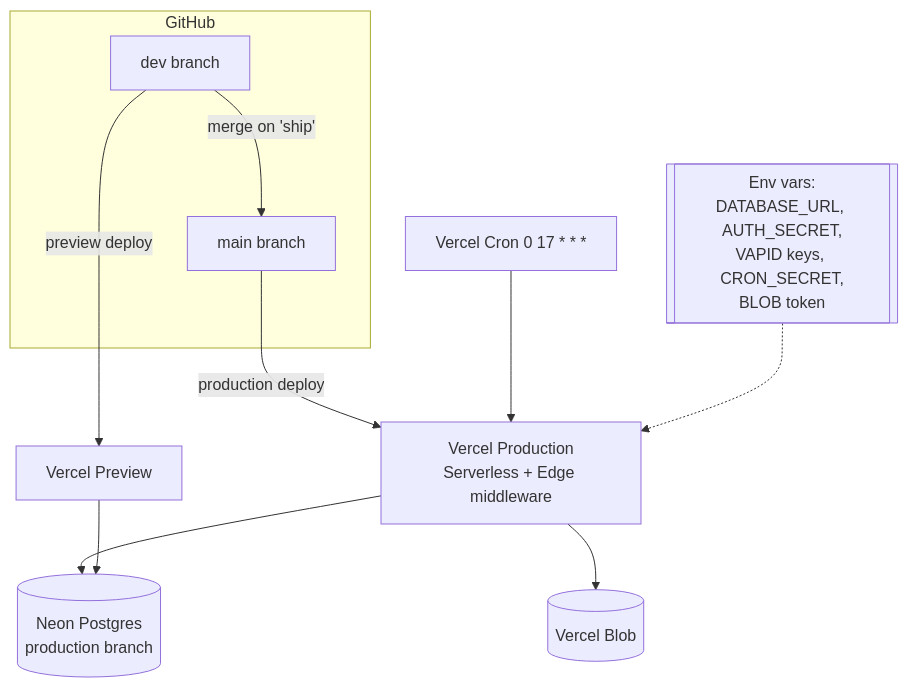
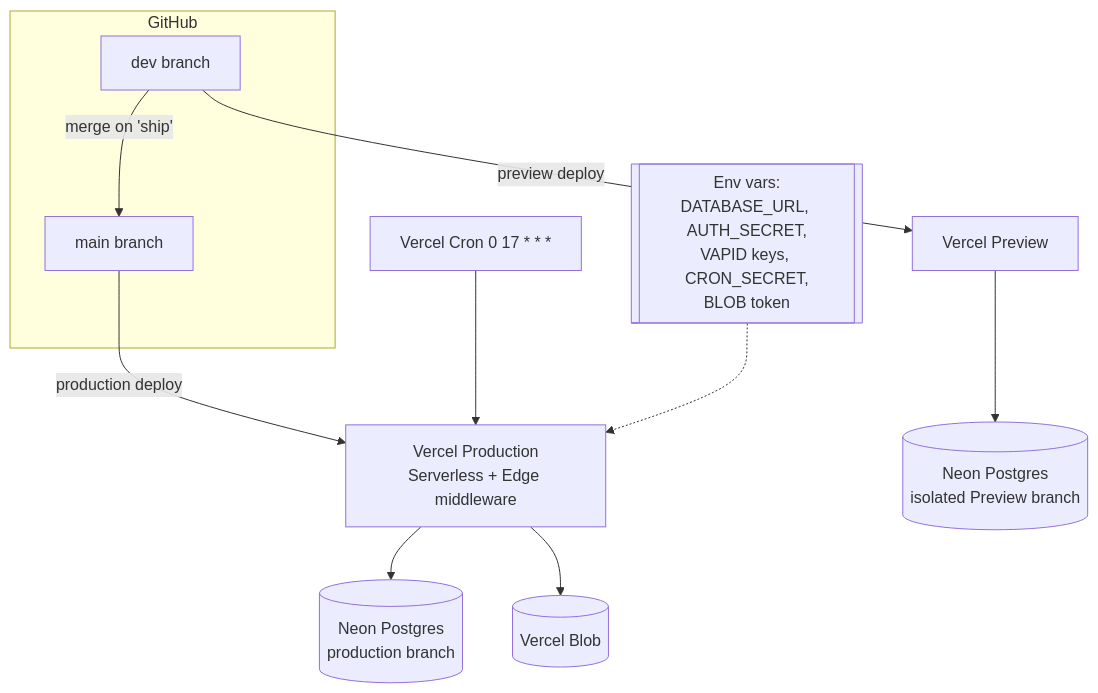
Before and after one commit to MarwanTaher/Sideline: the second of 14 diagrams in docs/ARCHITECTURE.md, drawn with Mermaid. The commit also changed other lines of this file and 85 other files, not shown here.

First line of the commit message:
Complete roadmap phases 3–5 and add recorded matchday moments

````diff
--- a/docs/ARCHITECTURE.md
+++ b/docs/ARCHITECTURE.md
@@ -66,13 +66,13 @@
 ```mermaid
 flowchart TB
   subgraph GitHub
     dev[dev branch] -->|merge on 'ship'| main[main branch]
   end
   dev -->|preview deploy| VP[Vercel Preview]
   main -->|production deploy| VPROD[Vercel Production<br/>Serverless + Edge middleware]
   VPROD --> NEON[(Neon Postgres<br/>production branch)]
-  VP --> NEON
+  VP --> PREVIEWDB[(Neon Postgres<br/>isolated Preview branch)]
   VPROD --> BLOB[(Vercel Blob)]
   CRON[Vercel Cron 0 17 * * *] --> VPROD
   ENV[[Env vars:<br/>DATABASE_URL, AUTH_SECRET,<br/>VAPID keys, CRON_SECRET,<br/>BLOB token]] -.-> VPROD
 ```
````
